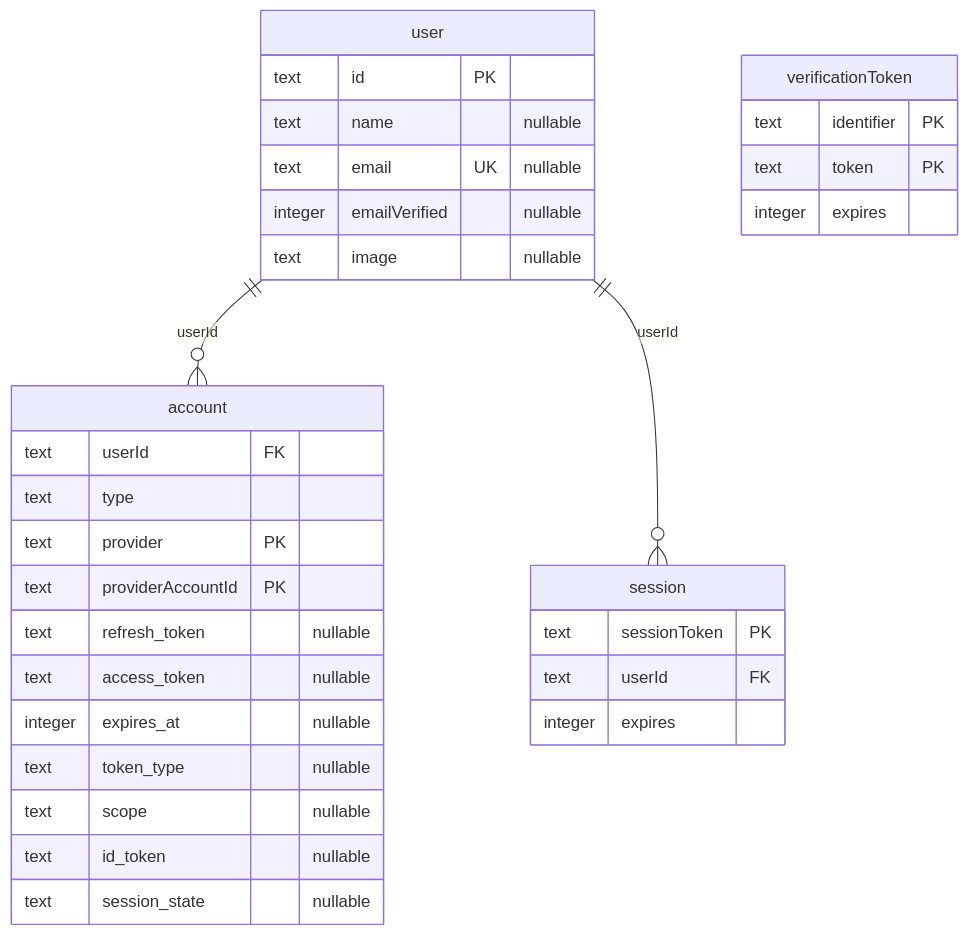
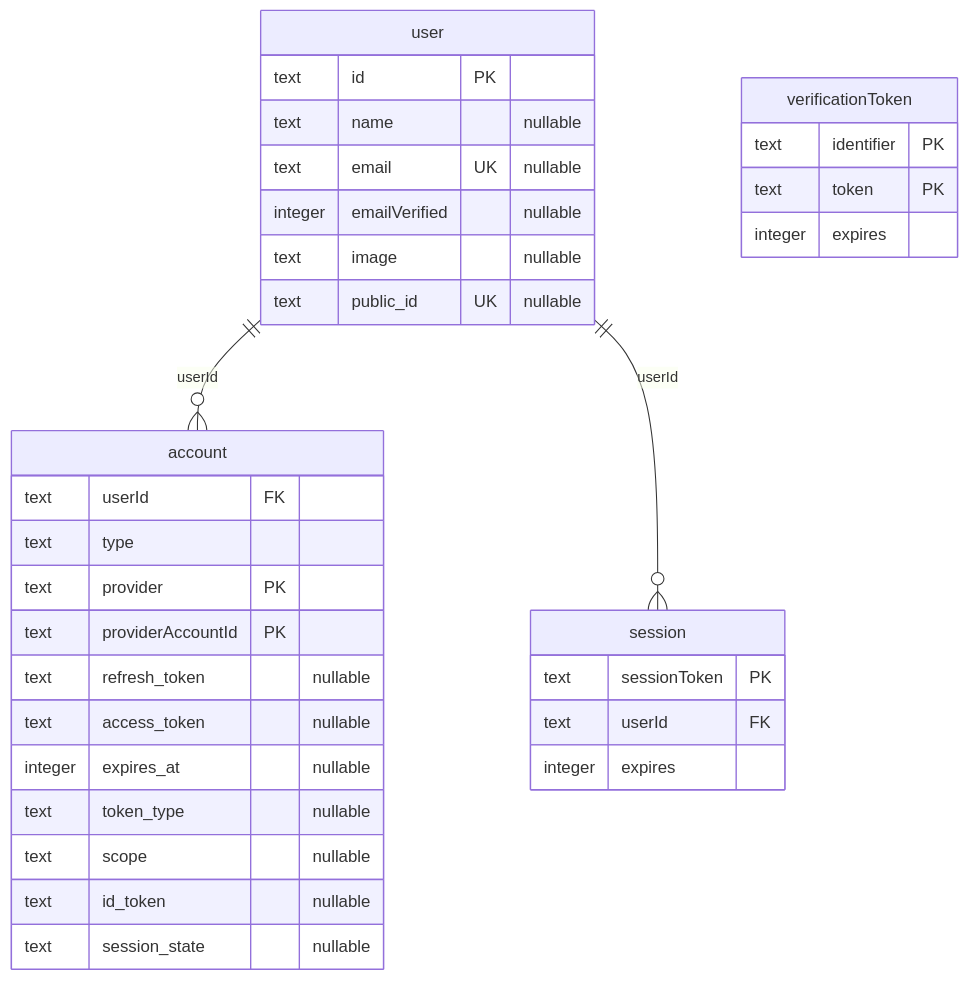
One commit to nito-008/oheya changed the diagram in docs/er.md. Above: the diagram before and after it, drawn with Mermaid. The commit also changed 14 other files, not shown here.

````diff
--- a/docs/er.md
+++ b/docs/er.md
@@ -6,35 +6,36 @@
 ```mermaid
 erDiagram
   account {
     text userId FK
     text type
     text provider PK
     text providerAccountId PK
     text refresh_token "nullable"
     text access_token "nullable"
     integer expires_at "nullable"
     text token_type "nullable"
     text scope "nullable"
     text id_token "nullable"
     text session_state "nullable"
   }
   session {
     text sessionToken PK
     text userId FK
     integer expires
   }
   user {
     text id PK
     text name "nullable"
     text email UK "nullable"
     integer emailVerified "nullable"
     text image "nullable"
+    text public_id UK "nullable"
   }
   verificationToken {
     text identifier PK
     text token PK
     integer expires
   }
   user ||--o{ account : "userId"
   user ||--o{ session : "userId"
 ```
````
